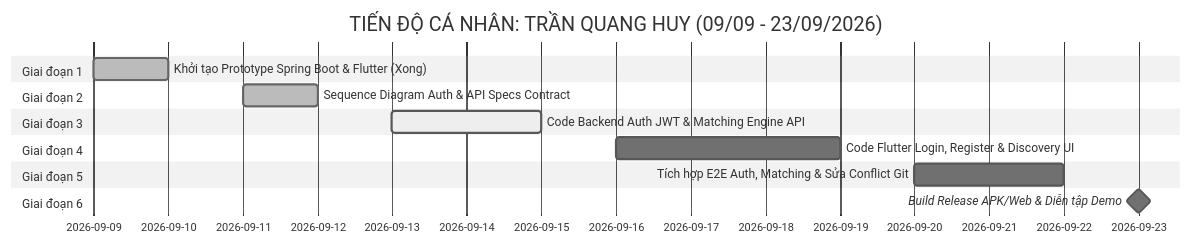
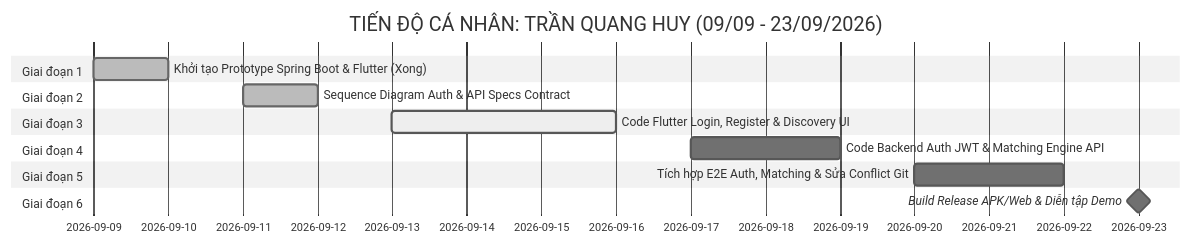
One commit to PHamHuy-23/Roomate-and-matching-app changed the diagram in TASKS_QUANG_HUY.md. Above: the diagram before and after it, drawn with Mermaid (neutral theme). The commit also changed other lines of this file and 3 other files, not shown here.

````diff
--- a/TASKS_QUANG_HUY.md
+++ b/TASKS_QUANG_HUY.md
@@ -26,17 +27,17 @@
 ```mermaid
 gantt
     title TIẾN ĐỘ CÁ NHÂN: TRẦN QUANG HUY (09/09 - 23/09/2026)
     dateFormat  YYYY-MM-DD
     section Giai đoạn 1
     Khởi tạo Prototype Spring Boot & Flutter (Xong):done, qh1, 2026-09-09, 2026-09-10
     section Giai đoạn 2
     Sequence Diagram Auth & API Specs Contract :done, qh2, 2026-09-11, 2026-09-12
     section Giai đoạn 3
-    Code Backend Auth JWT & Matching Engine API:active, qh3, 2026-09-13, 2026-09-15
+    Code Flutter Login, Register & Discovery UI:active, qh3, 2026-09-13, 2026-09-16
     section Giai đoạn 4
-    Code Flutter Login, Register & Discovery UI:qh4, 2026-09-16, 2026-09-19
+    Code Backend Auth JWT & Matching Engine API:qh4, 2026-09-17, 2026-09-19
     section Giai đoạn 5
     Tích hợp E2E Auth, Matching & Sửa Conflict Git:qh5, 2026-09-20, 2026-09-22
     section Giai đoạn 6
     Build Release APK/Web & Diễn tập Demo     :milestone, qh6, 2026-09-23, 2026-09-23
 ```
````
